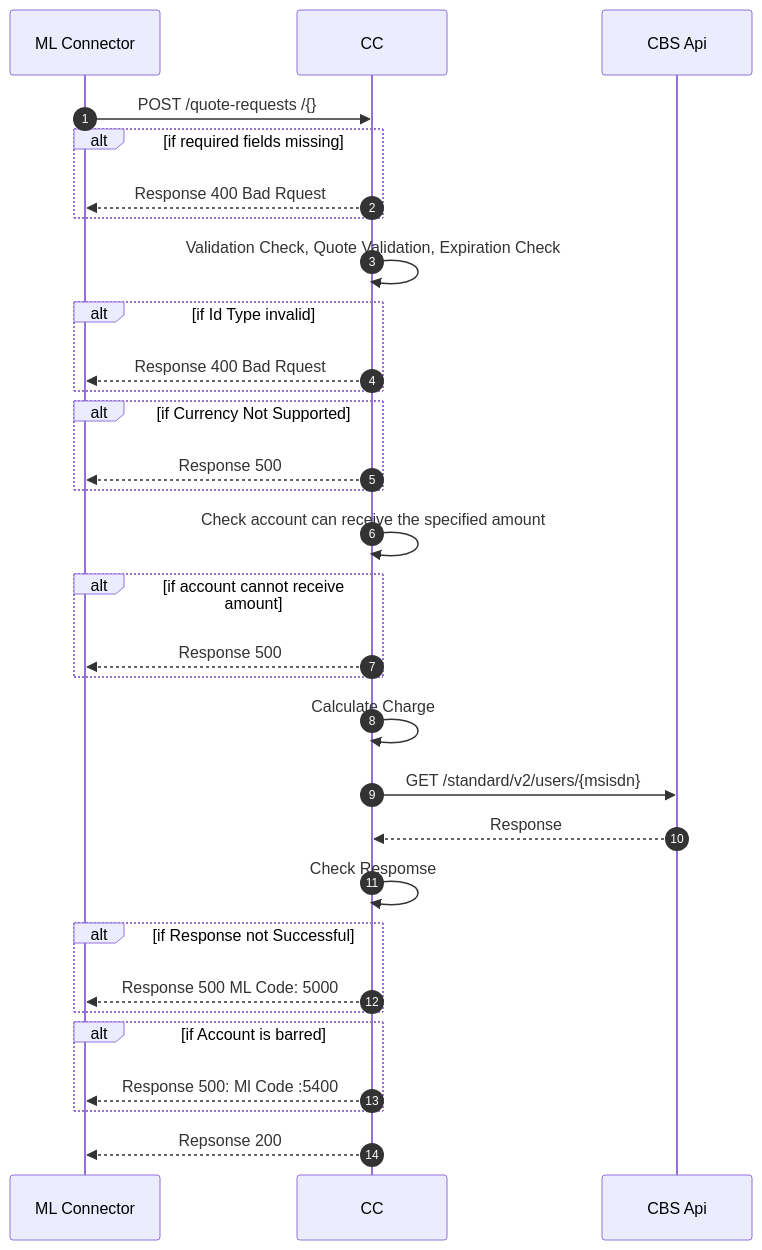
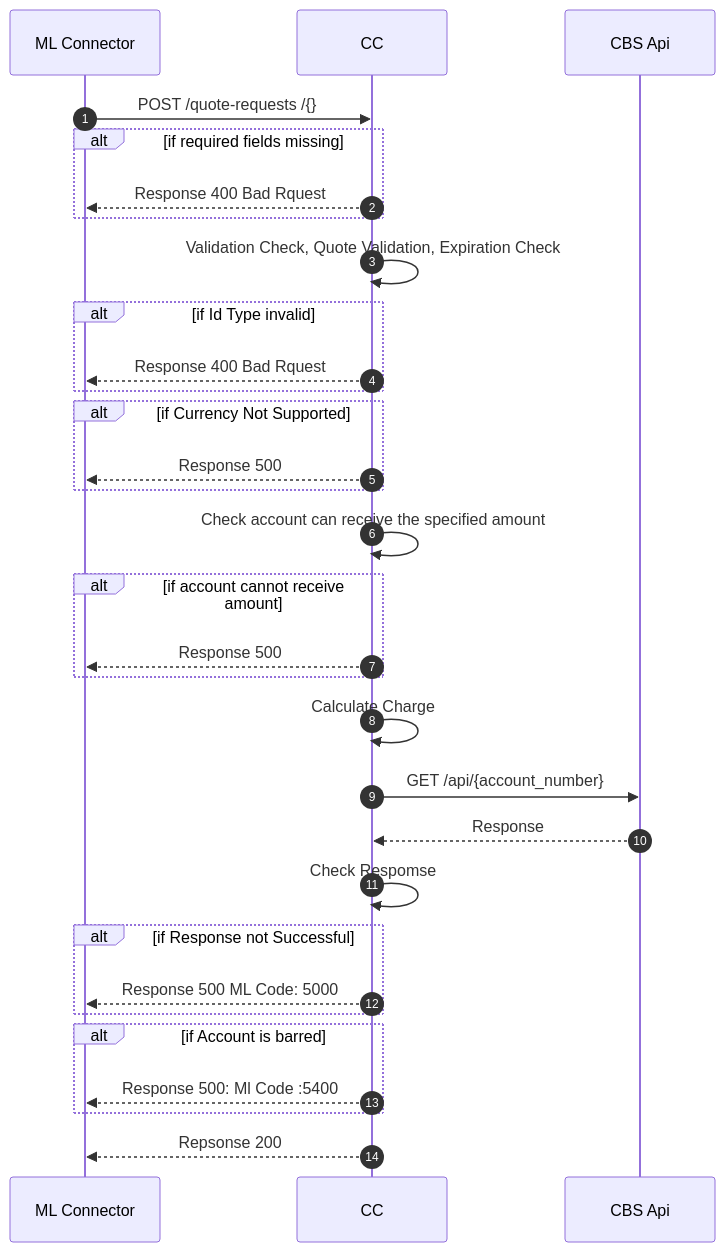
Before and after one commit to mojaloop/ml-reference-connectors: the diagram in national-bank-mw-core-connector/docs/payee-quoterequests.md, drawn with Mermaid. The commit also changed 5 other files, not shown here.

````diff
--- a/national-bank-mw-core-connector/docs/payee-quoterequests.md
+++ b/national-bank-mw-core-connector/docs/payee-quoterequests.md
@@ -14,30 +14,30 @@
 ```mermaid
    sequenceDiagram
 autoNumber
 ML Connector ->> CC: POST /quote-requests /{}
 Alt if required fields missing
 CC-->>ML Connector: Response 400 Bad Rquest
 End
 CC->> CC:Validation Check, Quote Validation, Expiration Check
 Alt if Id Type invalid
 CC-->>ML Connector: Response 400 Bad Rquest
 End
 Alt if Currency Not Supported
 CC-->>ML Connector: Response 500
 End
 CC->>CC: Check account can receive the specified amount
 Alt if account cannot receive amount
 CC-->>ML Connector: Response 500
 End
 CC->>CC:Calculate Charge
-CC->> CBS Api:GET /standard/v2/users/{msisdn}
+CC->> CBS Api:GET /api/{account_number} 
 CBS Api -->> CC:Response
 CC->>CC: Check Respomse
 Alt if Response not Successful
 CC-->>ML Connector: Response 500 ML Code: 5000
 End
 Alt if Account is barred
 CC-->>ML Connector:Response 500: Ml Code :5400
 End
 CC-->>ML Connector: Repsonse 200
 ```
````
